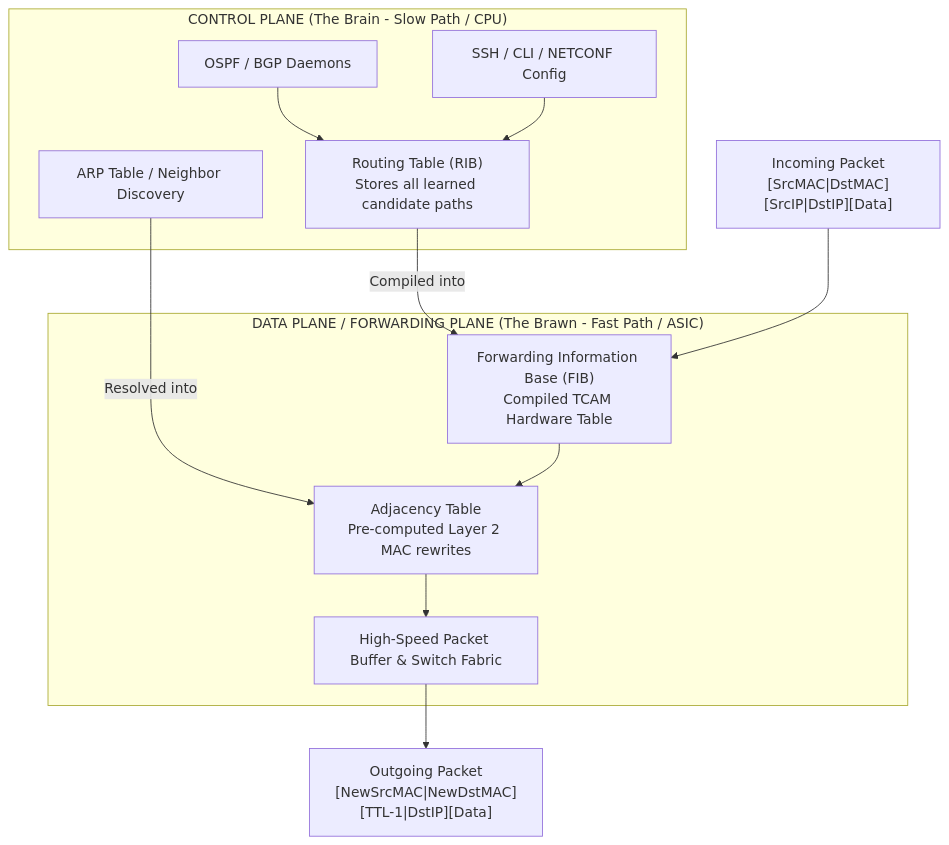
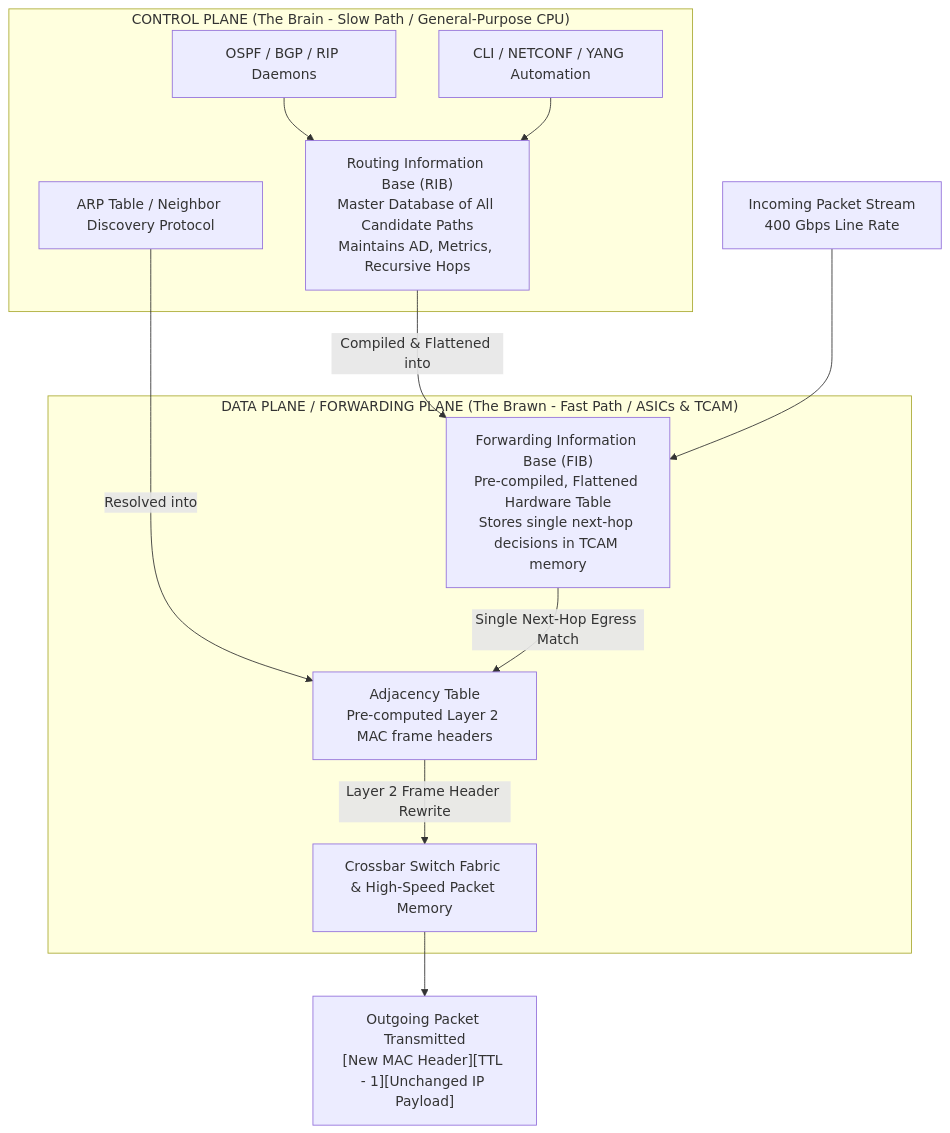
One commit to 1345AbhishekKumar/cs-cookbook changed the first of 10 diagrams in content/docs/computer-networking/03-ip-addressing-and-routing/04-routing-static-routes.mdx. Above: the diagram before and after it, drawn with Mermaid. The commit also changed other lines of this file and 299 other files, not shown here.

````diff
--- a/content/docs/computer-networking/03-ip-addressing-and-routing/04-routing-static-routes.mdx
+++ b/content/docs/computer-networking/03-ip-addressing-and-routing/04-routing-static-routes.mdx
@@ -40,25 +40,25 @@
 ```mermaid
 flowchart TD
-    subgraph ControlPlane["CONTROL PLANE (The Brain - Slow Path / CPU)"]
-        OSPF["OSPF / BGP Daemons"]
-        RIB["Routing Table (RIB)<br/>Stores all learned candidate paths"]
-        ARP_Table["ARP Table / Neighbor Discovery"]
-        AdminCLI["SSH / CLI / NETCONF Config"]
+    subgraph ControlPlane["CONTROL PLANE (The Brain - Slow Path / General-Purpose CPU)"]
+        OSPF["OSPF / BGP / RIP Daemons"]
+        RIB["Routing Information Base (RIB)<br/>Master Database of All Candidate Paths<br/>Maintains AD, Metrics, Recursive Hops"]
+        ARP_Table["ARP Table / Neighbor Discovery Protocol"]
+        AdminCLI["CLI / NETCONF / YANG Automation"]
     end
 
-    subgraph DataPlane["DATA PLANE / FORWARDING PLANE (The Brawn - Fast Path / ASIC)"]
-        FIB["Forwarding Information Base (FIB)<br/>Compiled TCAM Hardware Table"]
-        AdjacencyTable["Adjacency Table<br/>Pre-computed Layer 2 MAC rewrites"]
-        SwitchFabric["High-Speed Packet Buffer & Switch Fabric"]
+    subgraph DataPlane["DATA PLANE / FORWARDING PLANE (The Brawn - Fast Path / ASICs & TCAM)"]
+        FIB["Forwarding Information Base (FIB)<br/>Pre-compiled, Flattened Hardware Table<br/>Stores single next-hop decisions in TCAM memory"]
+        AdjacencyTable["Adjacency Table<br/>Pre-computed Layer 2 MAC frame headers"]
+        SwitchFabric["Crossbar Switch Fabric & High-Speed Packet Memory"]
     end
 
     OSPF --> RIB
     AdminCLI --> RIB
-    RIB -->|Compiled into| FIB
+    RIB -->|Compiled & Flattened into| FIB
     ARP_Table -->|Resolved into| AdjacencyTable
     
-    PacketIn["Incoming Packet<br/>[SrcMAC|DstMAC][SrcIP|DstIP][Data]"] --> FIB
-    FIB --> AdjacencyTable
-    AdjacencyTable --> SwitchFabric
-    SwitchFabric --> PacketOut["Outgoing Packet<br/>[NewSrcMAC|NewDstMAC][TTL-1|DstIP][Data]"]
+    PacketIn["Incoming Packet Stream<br/>400 Gbps Line Rate"] --> FIB
+    FIB -->|Single Next-Hop Egress Match| AdjacencyTable
+    AdjacencyTable -->|Layer 2 Frame Header Rewrite| SwitchFabric
+    SwitchFabric --> PacketOut["Outgoing Packet Transmitted<br/>[New MAC Header][TTL - 1][Unchanged IP Payload]"]
 ```
````
